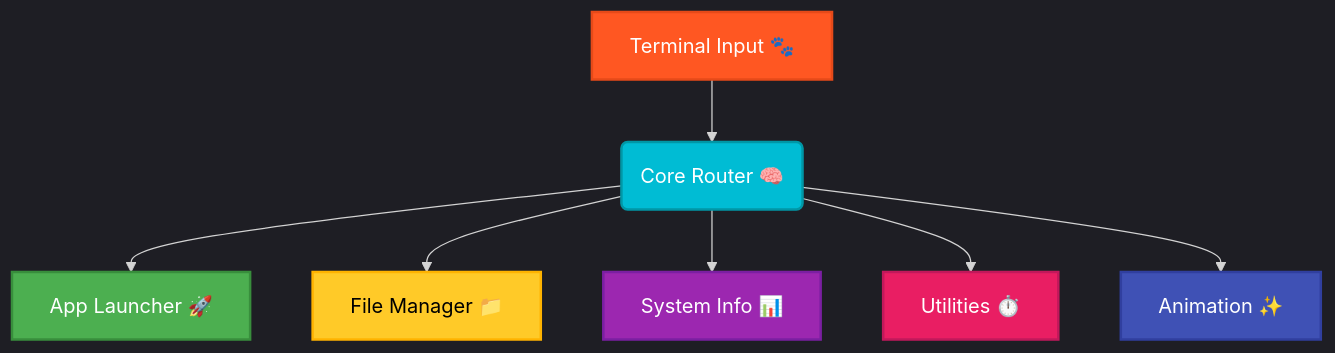
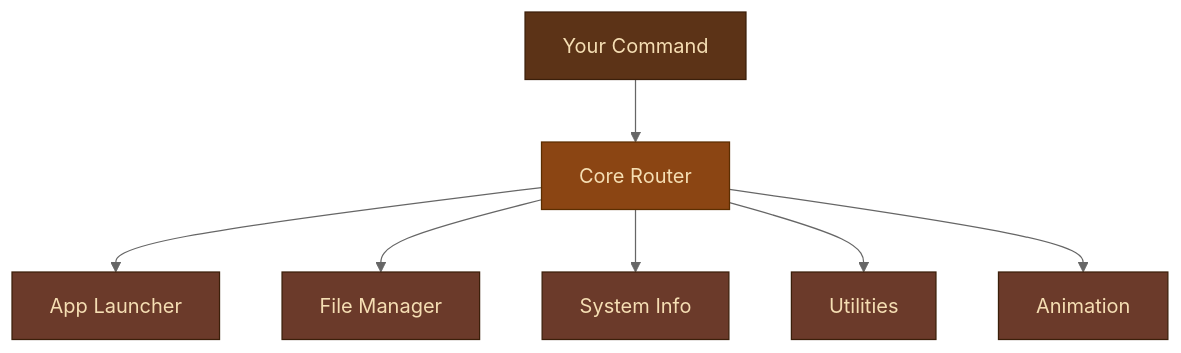
One commit to kushalchalla981-tech/terminalAssistant changed the diagram in README.md. Above: the diagram before and after it, drawn with Mermaid. The commit also changed other lines of this file and 3 other files, not shown here.

````diff
--- a/README.md
+++ b/README.md
@@ -31,17 +63,17 @@
 ```mermaid
-%%{init: {'theme': 'dark'}}%%
+%%{init: {'theme': 'neutral'}}%%
 graph TD;
-    A[Terminal Input 🐾] --> B(Core Router 🧠);
-    B --> C[App Launcher 🚀];
-    B --> D[File Manager 📁];
-    B --> E[System Info 📊];
-    B --> F[Utilities ⏱️];
-    B --> G[Animation ✨];
-    style A fill:#ff5722,stroke:#e64a19,stroke-width:2px,color:#fff
-    style B fill:#00bcd4,stroke:#0097a6,stroke-width:2px,color:#fff
-    style C fill:#4caf50,stroke:#388e3c,stroke-width:2px,color:#fff
-    style D fill:#ffca28,stroke:#ffb300,stroke-width:2px,color:#000
-    style E fill:#9c27b0,stroke:#7b1fa2,stroke-width:2px,color:#fff
-    style F fill:#e91e63,stroke:#c2185b,stroke-width:2px,color:#fff
-    style G fill:#3f51b5,stroke:#303f9f,stroke-width:2px,color:#fff
+    A[Your Command] --> B[Core Router];
+    B --> C[App Launcher];
+    B --> D[File Manager];
+    B --> E[System Info];
+    B --> F[Utilities];
+    B --> G[Animation];
+    style A fill:#5C3317,stroke:#3B1F0A,color:#F5DEB3
+    style B fill:#8B4513,stroke:#5C2E00,color:#F5DEB3
+    style C fill:#6B3A2A,stroke:#3B1F0A,color:#F5DEB3
+    style D fill:#6B3A2A,stroke:#3B1F0A,color:#F5DEB3
+    style E fill:#6B3A2A,stroke:#3B1F0A,color:#F5DEB3
+    style F fill:#6B3A2A,stroke:#3B1F0A,color:#F5DEB3
+    style G fill:#6B3A2A,stroke:#3B1F0A,color:#F5DEB3
 ```
````
